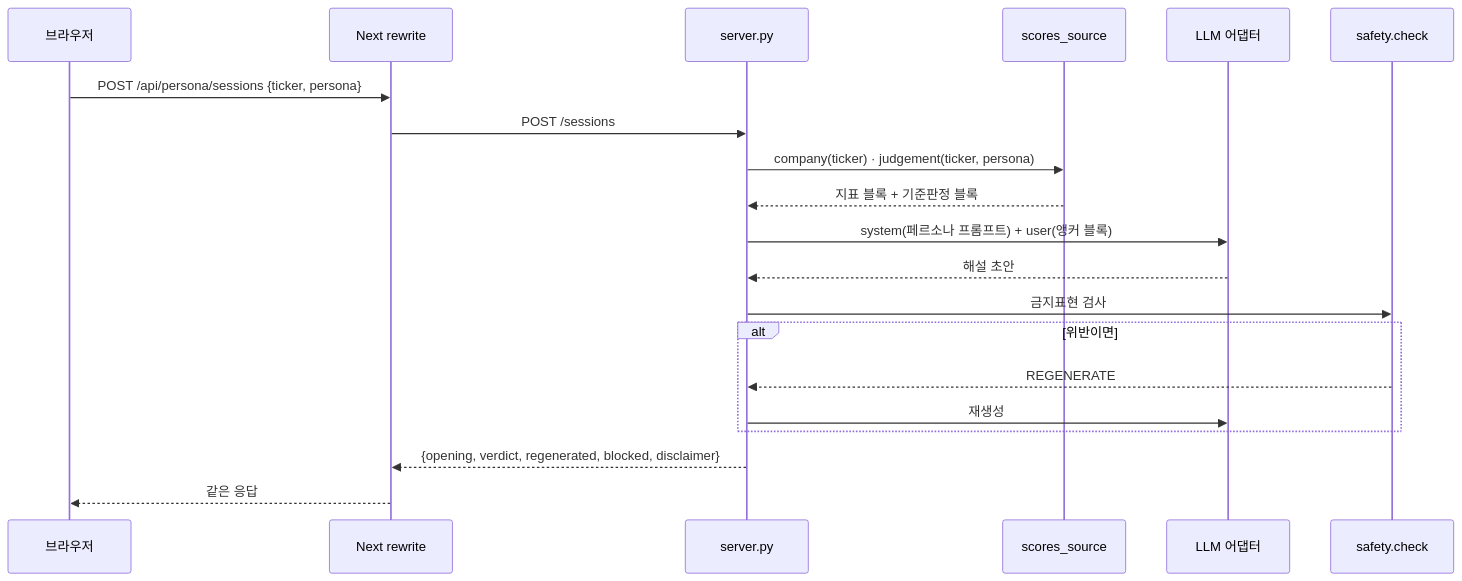
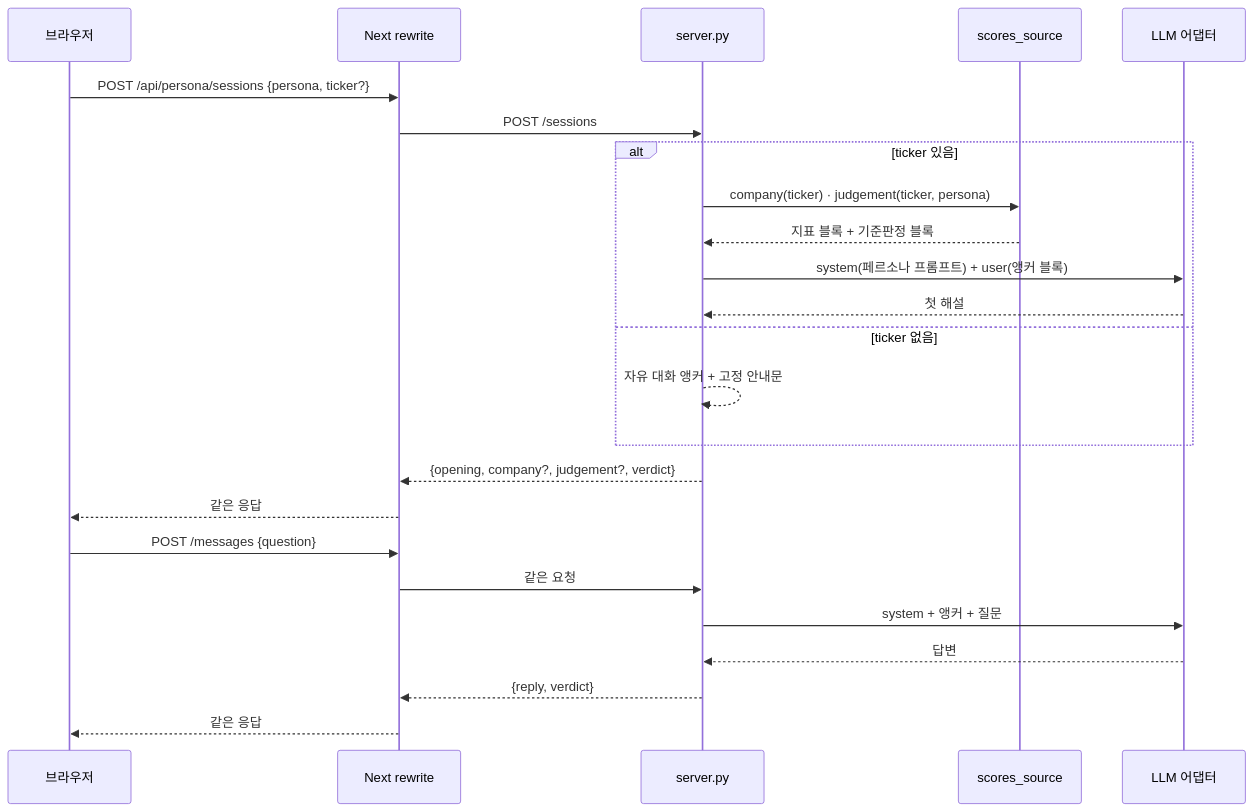
One commit to Tokenaires-hancom/tokenaires_wisor changed the fifth of 7 diagrams in docs/system-design.md. Above: the diagram before and after it, drawn with Mermaid. The commit also changed other lines of this file and 16 other files, not shown here.

````diff
--- a/docs/system-design.md
+++ b/docs/system-design.md
@@ -218,23 +217,26 @@
 ```mermaid
 sequenceDiagram
     participant B as 브라우저
     participant N as Next rewrite
     participant S as server.py
     participant D as scores_source
     participant L as LLM 어댑터
-    participant F as safety.check
-
-    B->>N: POST /api/persona/sessions {ticker, persona}
+    B->>N: POST /api/persona/sessions {persona, ticker?}
     N->>S: POST /sessions
-    S->>D: company(ticker) · judgement(ticker, persona)
-    D-->>S: 지표 블록 + 기준판정 블록
-    S->>L: system(페르소나 프롬프트) + user(앵커 블록)
-    L-->>S: 해설 초안
-    S->>F: 금지표현 검사
-    alt 위반이면
-        F-->>S: REGENERATE
-        S->>L: 재생성
+    alt ticker 있음
+        S->>D: company(ticker) · judgement(ticker, persona)
+        D-->>S: 지표 블록 + 기준판정 블록
+        S->>L: system(페르소나 프롬프트) + user(앵커 블록)
+        L-->>S: 첫 해설
+    else ticker 없음
+        S-->>S: 자유 대화 앵커 + 고정 안내문
     end
-    S-->>N: {opening, verdict, regenerated, blocked, disclaimer}
+    S-->>N: {opening, company?, judgement?, verdict}
+    N-->>B: 같은 응답
+    B->>N: POST /messages {question}
+    N->>S: 같은 요청
+    S->>L: system + 앵커 + 질문
+    L-->>S: 답변
+    S-->>N: {reply, verdict}
     N-->>B: 같은 응답
 ```
````
